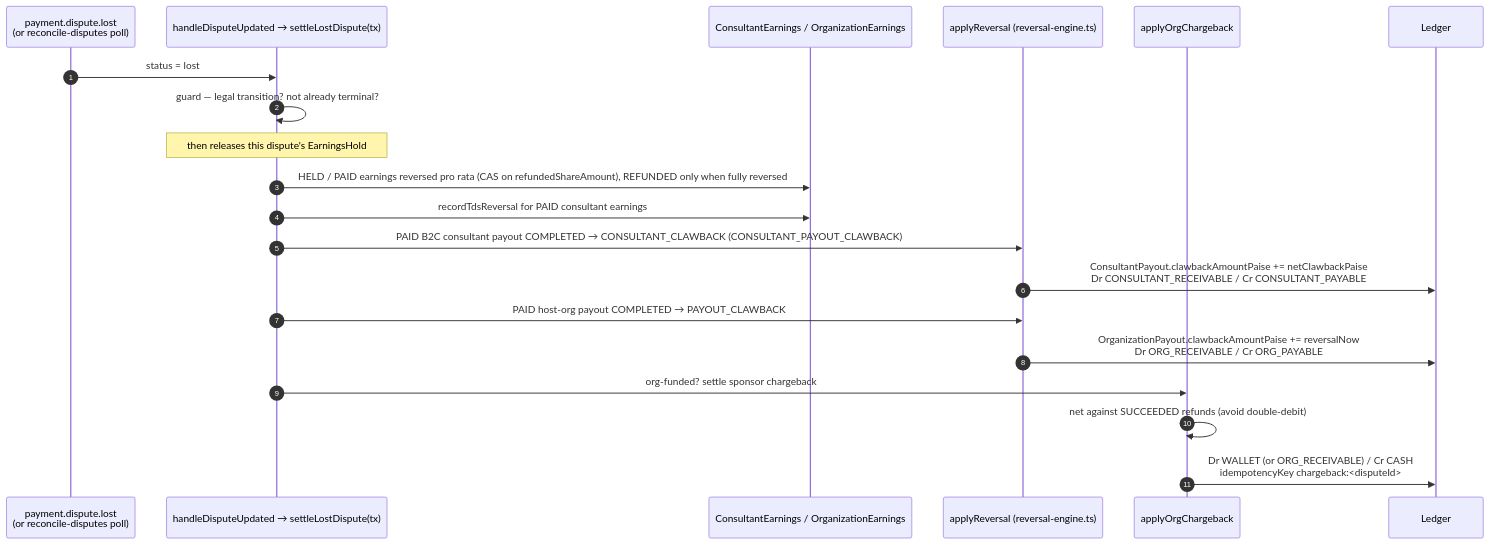
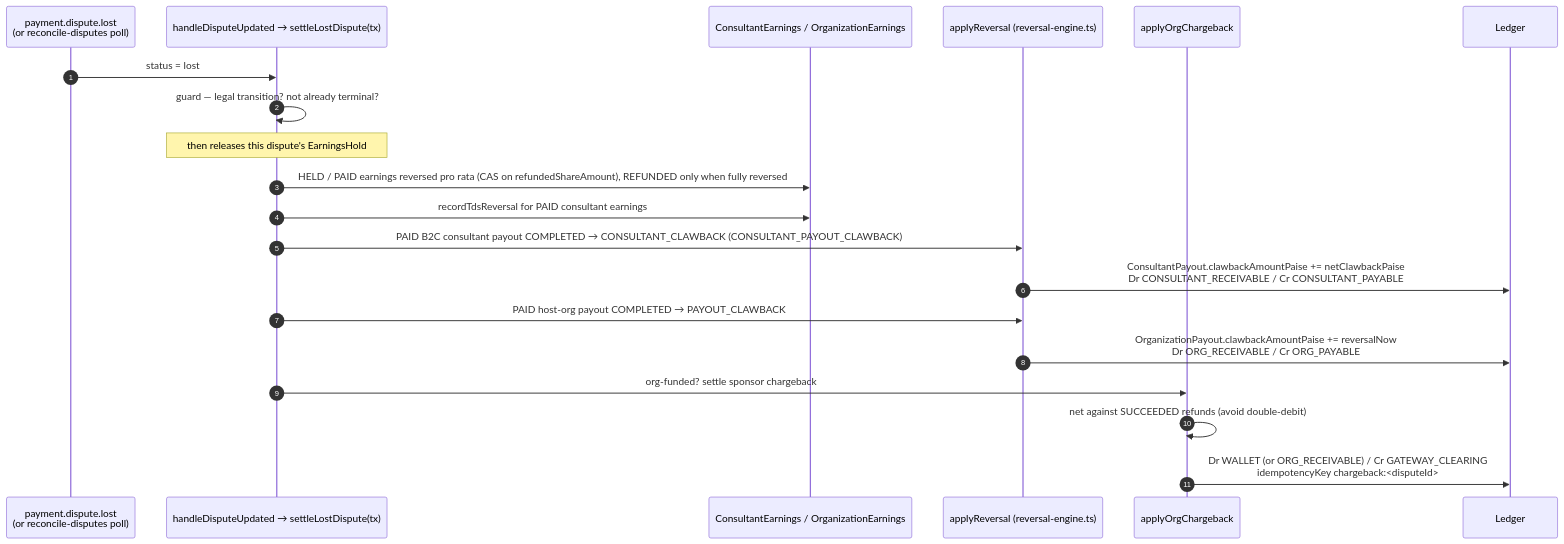
One commit to Practitionist/familiarise_web changed the second of 2 diagrams in docs/enterprise/10-money-and-ledger/11-disputes.md. Above: the diagram before and after it, drawn with Mermaid. The commit also changed other lines of this file and 7 other files, not shown here.

````diff
--- a/docs/enterprise/10-money-and-ledger/11-disputes.md
+++ b/docs/enterprise/10-money-and-ledger/11-disputes.md
@@ -105,23 +105,23 @@
 ```mermaid
 sequenceDiagram
     autonumber
     participant GW as payment.dispute.lost<br/>(or reconcile-disputes poll)
     participant H as handleDisputeUpdated → settleLostDispute(tx)
     participant E as ConsultantEarnings / OrganizationEarnings
     participant RE as applyReversal (reversal-engine.ts)
     participant Org as applyOrgChargeback
     participant L as Ledger
 
     GW->>H: status = lost
     H->>H: guard — legal transition? not already terminal?
     Note over H: then releases this dispute's EarningsHold
     H->>E: HELD / PAID earnings reversed pro rata (CAS on refundedShareAmount), REFUNDED only when fully reversed
     H->>E: recordTdsReversal for PAID consultant earnings
     H->>RE: PAID B2C consultant payout COMPLETED → CONSULTANT_CLAWBACK (CONSULTANT_PAYOUT_CLAWBACK)
     RE->>L: ConsultantPayout.clawbackAmountPaise += netClawbackPaise<br/>Dr CONSULTANT_RECEIVABLE / Cr CONSULTANT_PAYABLE
     H->>RE: PAID host-org payout COMPLETED → PAYOUT_CLAWBACK
     RE->>L: OrganizationPayout.clawbackAmountPaise += reversalNow<br/>Dr ORG_RECEIVABLE / Cr ORG_PAYABLE
     H->>Org: org-funded? settle sponsor chargeback
     Org->>Org: net against SUCCEEDED refunds (avoid double-debit)
-    Org->>L: Dr WALLET (or ORG_RECEIVABLE) / Cr CASH<br/>idempotencyKey chargeback:<disputeId>
+    Org->>L: Dr WALLET (or ORG_RECEIVABLE) / Cr GATEWAY_CLEARING<br/>idempotencyKey chargeback:<disputeId>
 ```
````
